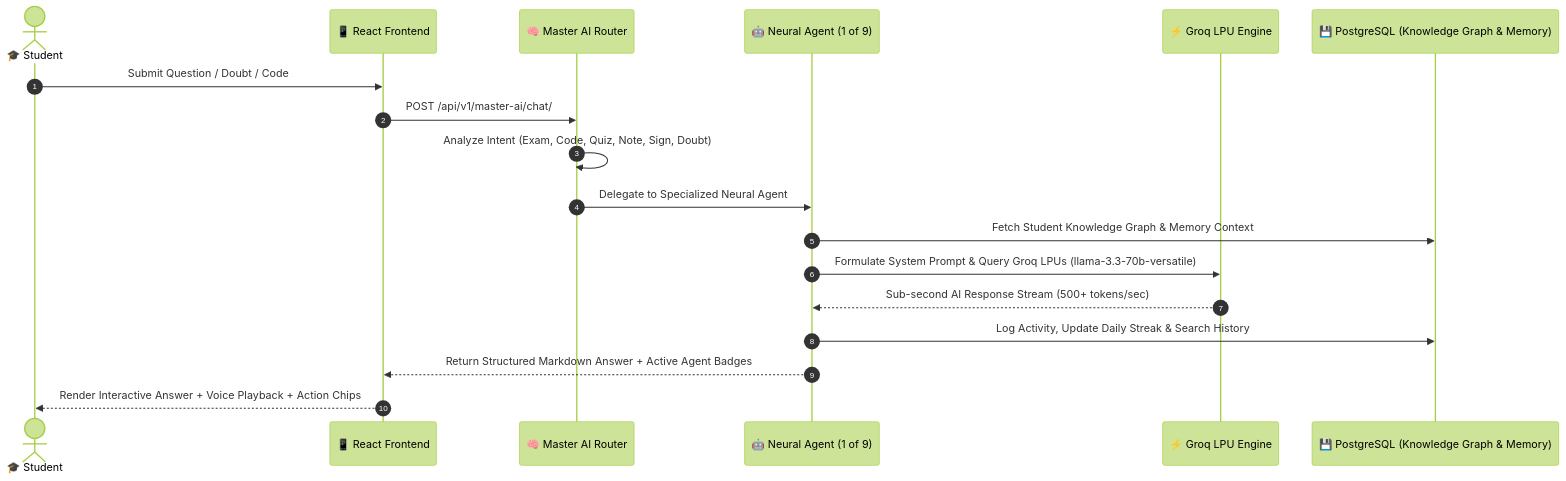
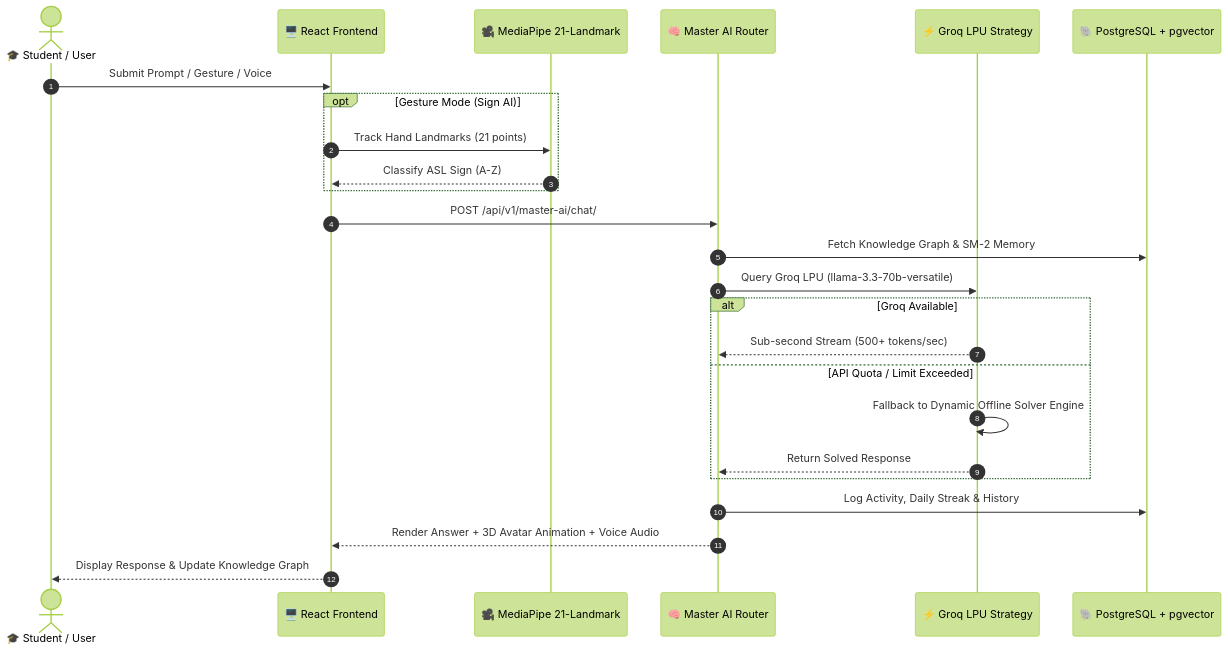
One commit to rupeshsah86/EduTech_Agents changed the second of 3 diagrams in PROJECT_FLOW.md. Above: the diagram before and after it, drawn with Mermaid (forest theme). The commit also changed other lines of this file, not shown here.

Commit message:
update PROJECT_FLOW.md with pure visual system architecture subgraphs and sequence diagrams

````diff
--- a/PROJECT_FLOW.md
+++ b/PROJECT_FLOW.md
@@ -45,21 +80,28 @@
 ```mermaid
 sequenceDiagram
     autonumber
-    actor User as 🎓 Student
-    participant UI as 📱 React Frontend
-    participant Router as 🧠 Master AI Router
-    participant Agent as 🤖 Neural Agent (1 of 9)
-    participant LLM as ⚡ Groq LPU Engine
-    participant DB as 💾 PostgreSQL (Knowledge Graph & Memory)
+    actor Student as 🎓 Student / User
+    participant Client as 🖥️ React Frontend
+    participant Vision as 🎥 MediaPipe 21-Landmark
+    participant Master as 🧠 Master AI Router
+    participant LLM as ⚡ Groq LPU Strategy
+    participant DB as 🐘 PostgreSQL + pgvector
 
-    User->>UI: Submit Question / Doubt / Code
-    UI->>Router: POST /api/v1/master-ai/chat/
-    Router->>Router: Analyze Intent (Exam, Code, Quiz, Note, Sign, Doubt)
-    Router->>Agent: Delegate to Specialized Neural Agent
-    Agent->>DB: Fetch Student Knowledge Graph & Memory Context
-    Agent->>LLM: Formulate System Prompt & Query Groq LPUs (llama-3.3-70b-versatile)
-    LLM-->>Agent: Sub-second AI Response Stream (500+ tokens/sec)
-    Agent->>DB: Log Activity, Update Daily Streak & Search History
-    Agent-->>UI: Return Structured Markdown Answer + Active Agent Badges
-    UI-->>User: Render Interactive Answer + Voice Playback + Action Chips
+    Student->>Client: Submit Prompt / Gesture / Voice
+    opt Gesture Mode (Sign AI)
+        Client->>Vision: Track Hand Landmarks (21 points)
+        Vision-->>Client: Classify ASL Sign (A-Z)
+    end
+    Client->>Master: POST /api/v1/master-ai/chat/
+    Master->>DB: Fetch Knowledge Graph & SM-2 Memory
+    Master->>LLM: Query Groq LPU (llama-3.3-70b-versatile)
+    alt Groq Available
+        LLM-->>Master: Sub-second Stream (500+ tokens/sec)
+    else API Quota / Limit Exceeded
+        LLM->>LLM: Fallback to Dynamic Offline Solver Engine
+        LLM-->>Master: Return Solved Response
+    end
+    Master->>DB: Log Activity, Daily Streak & History
+    Master-->>Client: Render Answer + 3D Avatar Animation + Voice Audio
+    Client-->>Student: Display Response & Update Knowledge Graph
 ```
````
